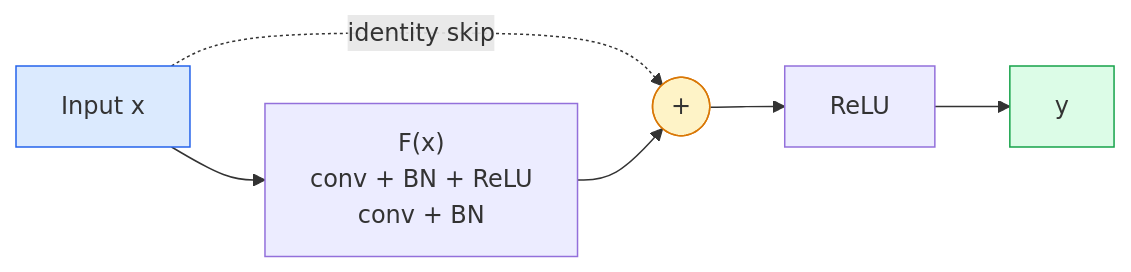
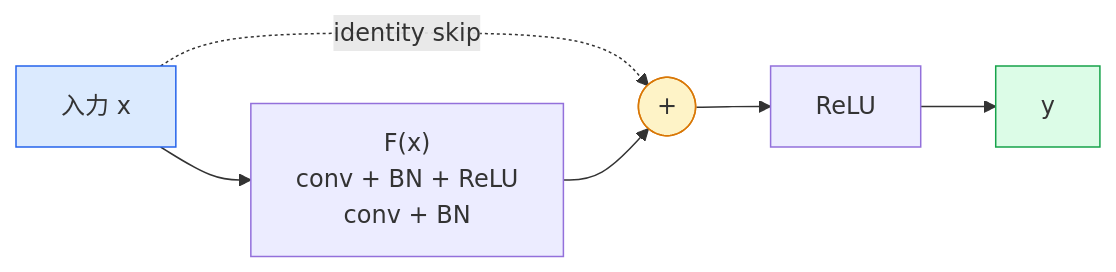
One commit to rohitg00/ai-engineering-from-scratch changed the third of 3 diagrams in phases/04-computer-vision/03-cnns-lenet-to-resnet/docs/en.md. Above: the diagram before and after it, drawn with Mermaid. The commit also changed other lines of this file and 1935 other files, not shown here.

````diff
--- a/phases/04-computer-vision/03-cnns-lenet-to-resnet/docs/en.md
+++ b/phases/04-computer-vision/03-cnns-lenet-to-resnet/docs/en.md
@@ -130,12 +130,12 @@
 ```mermaid
 flowchart LR
-    X["Input x"] --> F["F(x)<br/>conv + BN + ReLU<br/>conv + BN"]
+    X["入力 x"] --> F["F(x)<br/>conv + BN + ReLU<br/>conv + BN"]
     X -.->|identity skip| PLUS(["+"])
     F --> PLUS
     PLUS --> RELU["ReLU"]
     RELU --> OUT["y"]
 
     style X fill:#dbeafe,stroke:#2563eb
     style PLUS fill:#fef3c7,stroke:#d97706
     style OUT fill:#dcfce7,stroke:#16a34a
 ```
````
